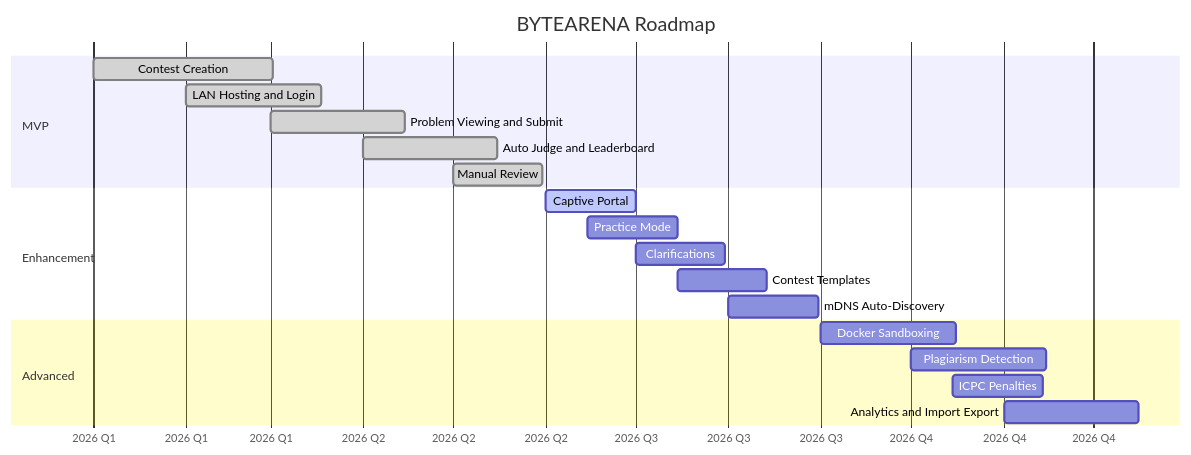
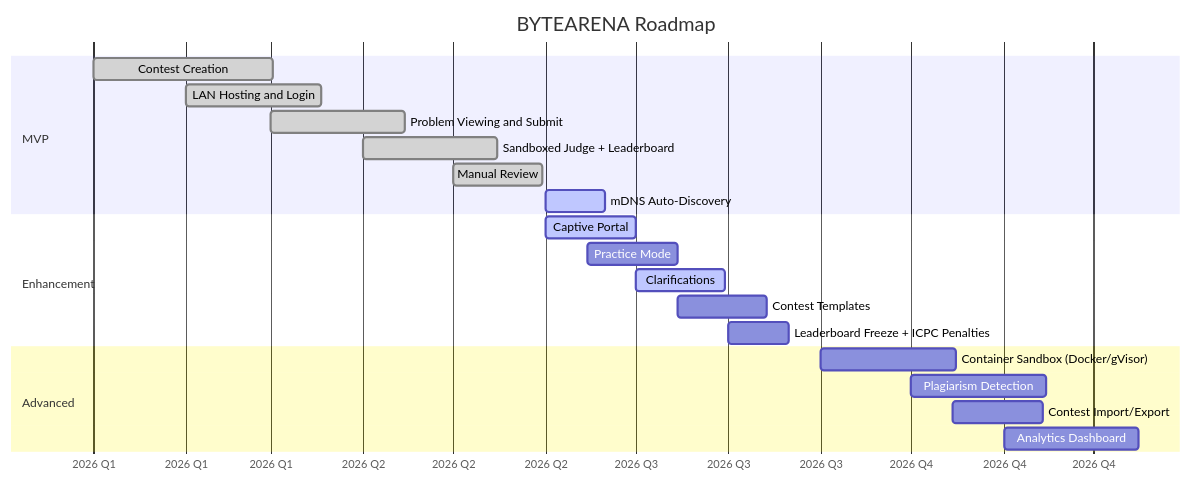
One commit to mrinmoyChakraborty-mrinox/ByteArena changed the eighth of 8 diagrams in README.md. Above: the diagram before and after it, drawn with Mermaid. The commit also changed other lines of this file and 2 other files, not shown here.

Commit message:
feat: add detailed architecture documentation and execution roadmap

````diff
--- a/README.md
+++ b/README.md
@@ -217,26 +237,27 @@
 ```mermaid
 gantt
     title BYTEARENA Roadmap
     dateFormat YYYY-MM-DD
     axisFormat %Y Q%q
 
     section MVP
-    Contest Creation           :done, p1a, 2026-01-01, 60d
-    LAN Hosting and Login      :done, p1b, 2026-02-01, 45d
-    Problem Viewing and Submit :done, p1c, 2026-03-01, 45d
-    Auto Judge and Leaderboard :done, p1d, 2026-04-01, 45d
-    Manual Review              :done, p1e, 2026-05-01, 30d
+    Contest Creation             :done, p1a, 2026-01-01, 60d
+    LAN Hosting and Login        :done, p1b, 2026-02-01, 45d
+    Problem Viewing and Submit   :done, p1c, 2026-03-01, 45d
+    Sandboxed Judge + Leaderboard:done, p1d, 2026-04-01, 45d
+    Manual Review                :done, p1e, 2026-05-01, 30d
+    mDNS Auto-Discovery          :active, p1f, 2026-06-01, 20d
 
     section Enhancement
-    Captive Portal             :active, p2a, 2026-06-01, 30d
-    Practice Mode              :p2b, 2026-06-15, 30d
-    Clarifications             :p2c, 2026-07-01, 30d
-    Contest Templates          :p2d, 2026-07-15, 30d
-    mDNS Auto-Discovery        :p2e, 2026-08-01, 30d
+    Captive Portal               :active, p2a, 2026-06-01, 30d
+    Practice Mode                :p2b, 2026-06-15, 30d
+    Clarifications                :active, p2c, 2026-07-01, 30d
+    Contest Templates            :p2d, 2026-07-15, 30d
+    Leaderboard Freeze + ICPC Penalties :p2e, 2026-08-01, 20d
 
     section Advanced
-    Docker Sandboxing          :p3a, 2026-09-01, 45d
-    Plagiarism Detection       :p3b, 2026-10-01, 45d
-    ICPC Penalties             :p3c, 2026-10-15, 30d
-    Analytics and Import Export :p3d, 2026-11-01, 45d
+    Container Sandbox (Docker/gVisor) :p3a, 2026-09-01, 45d
+    Plagiarism Detection          :p3b, 2026-10-01, 45d
+    Contest Import/Export         :p3c, 2026-10-15, 30d
+    Analytics Dashboard           :p3d, 2026-11-01, 45d
 ```
````
